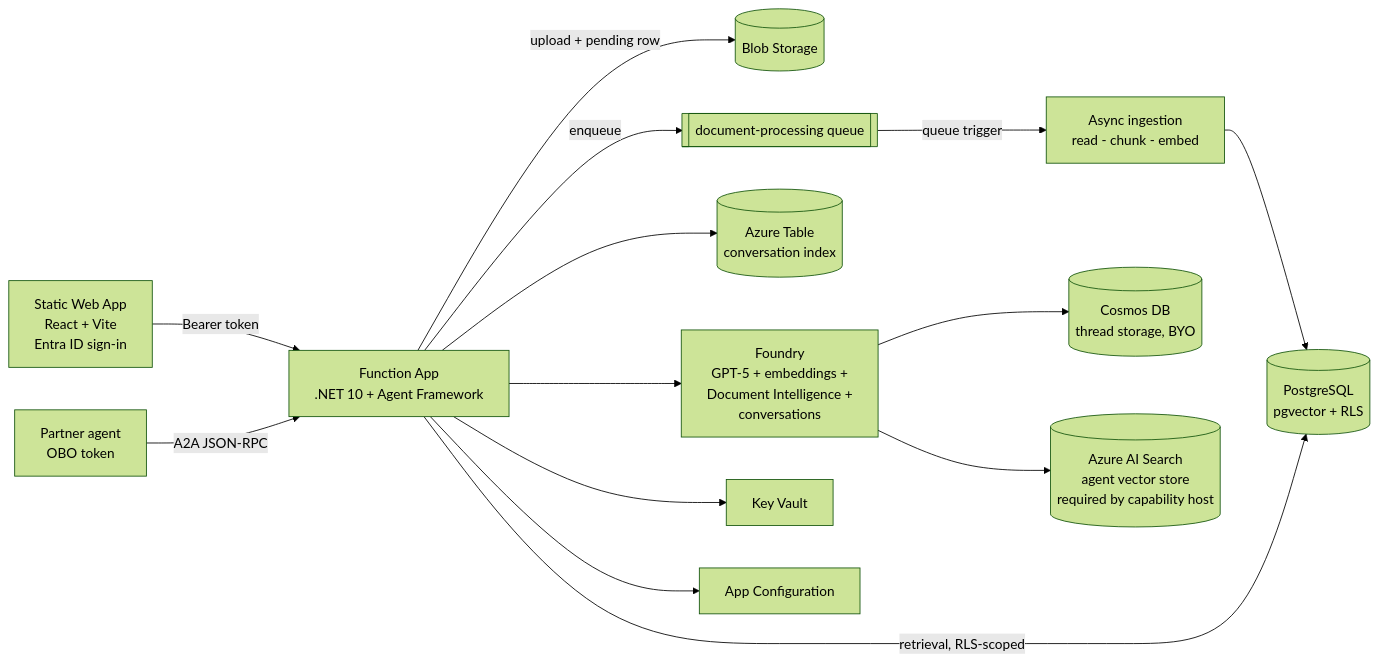
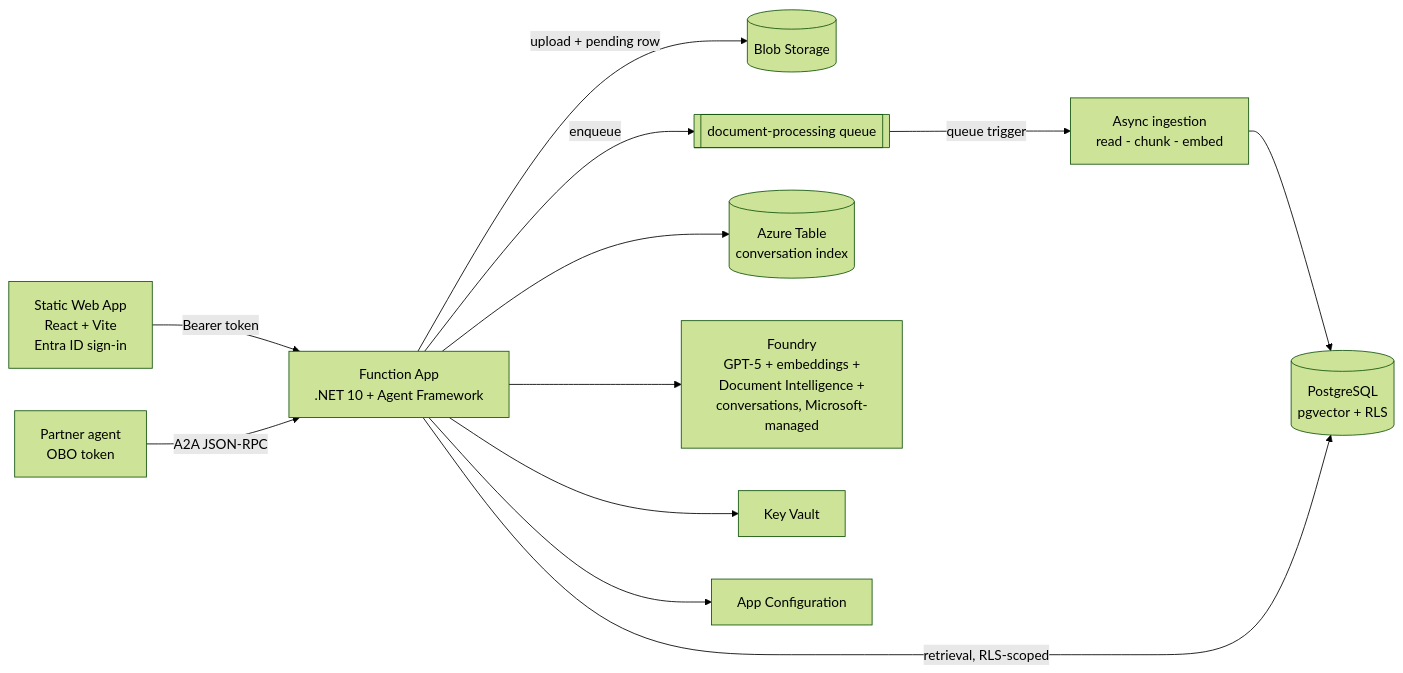
The diagram in README.md (nampacx/cerebro), drawn with Mermaid (forest theme) before and after one commit. The commit also changed other lines of this file and 12 other files, not shown here.

First line of the commit message:
Drop bring-your-own Foundry storage, use Microsoft-managed conversation threads

````diff
--- a/README.md
+++ b/README.md
@@ -29,16 +29,14 @@
 ```mermaid
 flowchart LR
   SPA[Static Web App<br/>React + Vite<br/>Entra ID sign-in] -->|Bearer token| FN[Function App<br/>.NET 10 + Agent Framework]
   U[Partner agent<br/>OBO token] -->|A2A JSON-RPC| FN
   FN -->|upload + pending row| BLOB[(Blob Storage)]
   FN -->|enqueue| Q[[document-processing queue]]
   Q -->|queue trigger| PROC[Async ingestion<br/>read - chunk - embed]
   PROC --> PG[(PostgreSQL<br/>pgvector + RLS)]
   FN -->|retrieval, RLS-scoped| PG
   FN --> TBL[(Azure Table<br/>conversation index)]
-  FN --> AI[Foundry<br/>GPT-5 + embeddings +<br/>Document Intelligence +<br/>conversations]
-  AI --> COSMOS[(Cosmos DB<br/>thread storage, BYO)]
-  AI --> SRCH[(Azure AI Search<br/>agent vector store<br/>required by capability host)]
+  FN --> AI[Foundry<br/>GPT-5 + embeddings +<br/>Document Intelligence +<br/>conversations, Microsoft-managed]
   FN --> KV[Key Vault]
   FN --> CFG[App Configuration]
 ```
````
